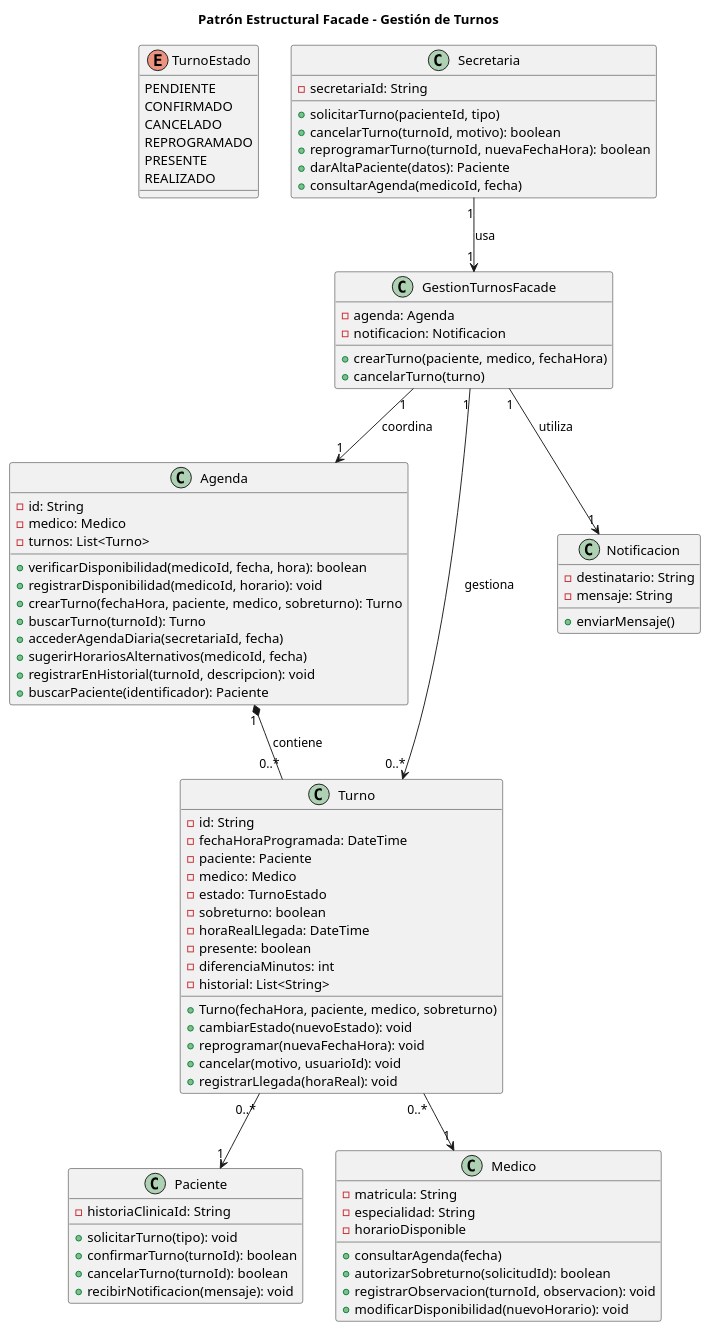
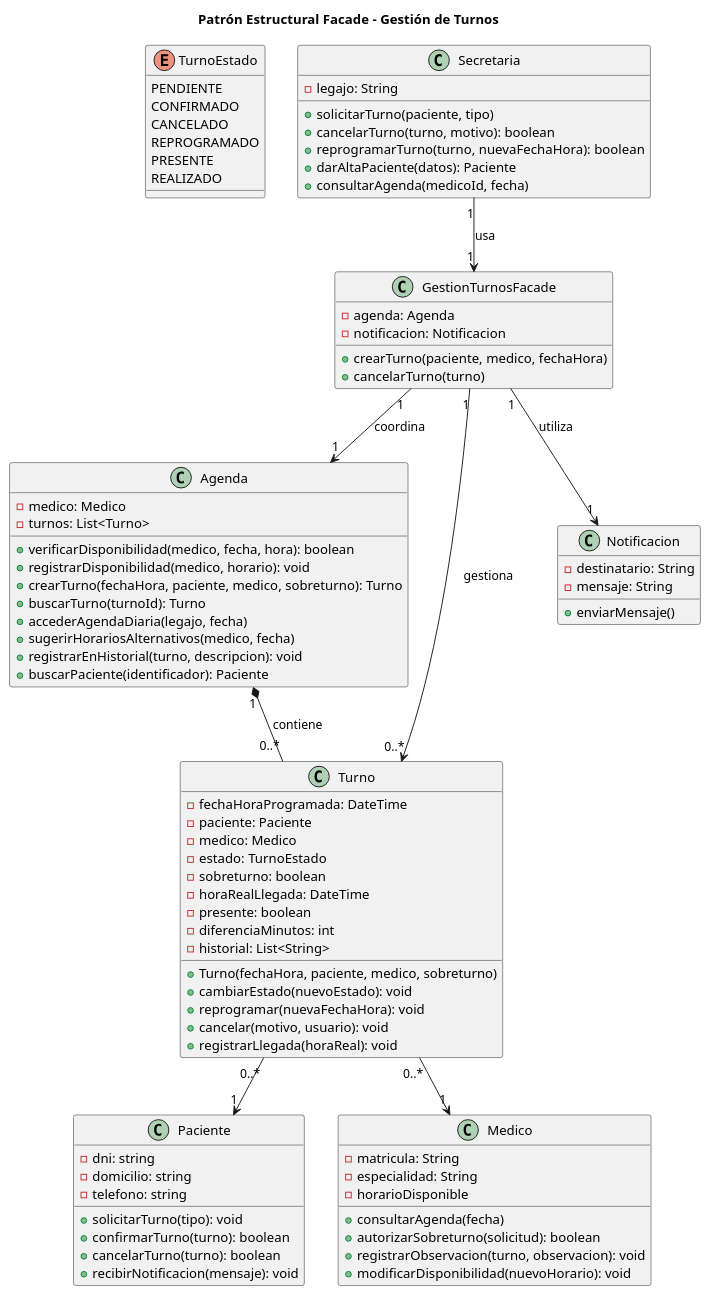
One commit to nataliacarreras96git/SistemaTurnosMedicos changed the diagram in diagramas/01-diagrama-clases/01-patron-estructural-facade.puml. Above: the diagram before and after it, drawn with PlantUML. The commit also changed 2 other files, not shown here.

```diff
--- a/diagramas/01-diagrama-clases/01-patron-estructural-facade.puml
+++ b/diagramas/01-diagrama-clases/01-patron-estructural-facade.puml
@@ -1,104 +1,104 @@
 @startuml 01-patron-estructural-facade
 
 title Patrón Estructural Facade - Gestión de Turnos
 
 enum TurnoEstado {
   PENDIENTE
   CONFIRMADO
   CANCELADO
   REPROGRAMADO
   PRESENTE
   REALIZADO
 }
 
 class Secretaria {
-    -secretariaId: String
+    -legajo: String
 
-    +solicitarTurno(pacienteId, tipo)
-    +cancelarTurno(turnoId, motivo): boolean
-    +reprogramarTurno(turnoId, nuevaFechaHora): boolean
+    +solicitarTurno(paciente, tipo)
+    +cancelarTurno(turno, motivo): boolean
+    +reprogramarTurno(turno, nuevaFechaHora): boolean
     +darAltaPaciente(datos): Paciente
     +consultarAgenda(medicoId, fecha)
 }
 
 class GestionTurnosFacade {
     -agenda: Agenda
     -notificacion: Notificacion
 
     +crearTurno(paciente, medico, fechaHora)
     +cancelarTurno(turno)
 }
 
 class Agenda {
-    -id: String
     -medico: Medico
     -turnos: List<Turno>
 
-    +verificarDisponibilidad(medicoId, fecha, hora): boolean
-    +registrarDisponibilidad(medicoId, horario): void
+    +verificarDisponibilidad(medico, fecha, hora): boolean
+    +registrarDisponibilidad(medico, horario): void
     +crearTurno(fechaHora, paciente, medico, sobreturno): Turno
     +buscarTurno(turnoId): Turno
-    +accederAgendaDiaria(secretariaId, fecha)
-    +sugerirHorariosAlternativos(medicoId, fecha)
-    +registrarEnHistorial(turnoId, descripcion): void
+    +accederAgendaDiaria(legajo, fecha)
+    +sugerirHorariosAlternativos(medico, fecha)
+    +registrarEnHistorial(turno, descripcion): void
     +buscarPaciente(identificador): Paciente
 }
 
 class Turno {
-    -id: String
     -fechaHoraProgramada: DateTime
     -paciente: Paciente
     -medico: Medico
     -estado: TurnoEstado
     -sobreturno: boolean
     -horaRealLlegada: DateTime
     -presente: boolean
     -diferenciaMinutos: int
     -historial: List<String>
 
     +Turno(fechaHora, paciente, medico, sobreturno)
     +cambiarEstado(nuevoEstado): void
     +reprogramar(nuevaFechaHora): void
-    +cancelar(motivo, usuarioId): void
+    +cancelar(motivo, usuario): void
     +registrarLlegada(horaReal): void
 }
 
 class Paciente {
-    -historiaClinicaId: String
+    -dni: string
+    -domicilio: string
+    -telefono: string
 
     +solicitarTurno(tipo): void
-    +confirmarTurno(turnoId): boolean
-    +cancelarTurno(turnoId): boolean
+    +confirmarTurno(turno): boolean
+    +cancelarTurno(turno): boolean
     +recibirNotificacion(mensaje): void
 }
 
 class Medico {
     -matricula: String
     -especialidad: String
     -horarioDisponible
 
     +consultarAgenda(fecha)
-    +autorizarSobreturno(solicitudId): boolean
-    +registrarObservacion(turnoId, observacion): void
+    +autorizarSobreturno(solicitud): boolean
+    +registrarObservacion(turno, observacion): void
     +modificarDisponibilidad(nuevoHorario): void
 }
 
 class Notificacion {
     -destinatario: String
     -mensaje: String
 
     +enviarMensaje()
 }
 
 Secretaria "1" --> "1" GestionTurnosFacade : usa
 
 GestionTurnosFacade "1" --> "1" Agenda : coordina
 GestionTurnosFacade "1" --> "0..*" Turno : gestiona
 GestionTurnosFacade "1" --> "1" Notificacion : utiliza
 
 Agenda "1" *-- "0..*" Turno : contiene
 
 Turno "0..*" --> "1" Paciente
 Turno "0..*" --> "1" Medico
 
 @enduml
```
